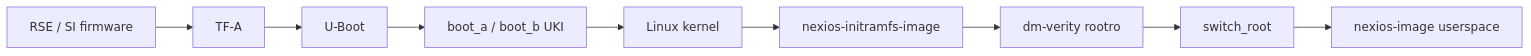
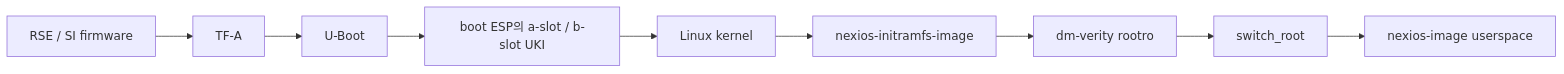
One commit to cometzero/project-apollo changed the first of 2 diagrams in doc/nexios-bsp-initramfs-implementation-plan-ko.md. Above: the diagram before and after it, drawn with Mermaid. The commit also changed other lines of this file, not shown here.

First line of the commit message:
docs(yocto): update BSP boot layout

````diff
--- a/doc/nexios-bsp-initramfs-implementation-plan-ko.md
+++ b/doc/nexios-bsp-initramfs-implementation-plan-ko.md
@@ -103,11 +105,11 @@
 ```mermaid
 flowchart LR
     A[RSE / SI firmware] --> B[TF-A]
     B --> C[U-Boot]
-    C --> D[boot_a / boot_b UKI]
+    C --> D[boot ESP의 a-slot / b-slot UKI]
     D --> E[Linux kernel]
     E --> F[nexios-initramfs-image]
     F --> G[dm-verity rootro]
     G --> H[switch_root]
     H --> I[nexios-image userspace]
 ```
````
